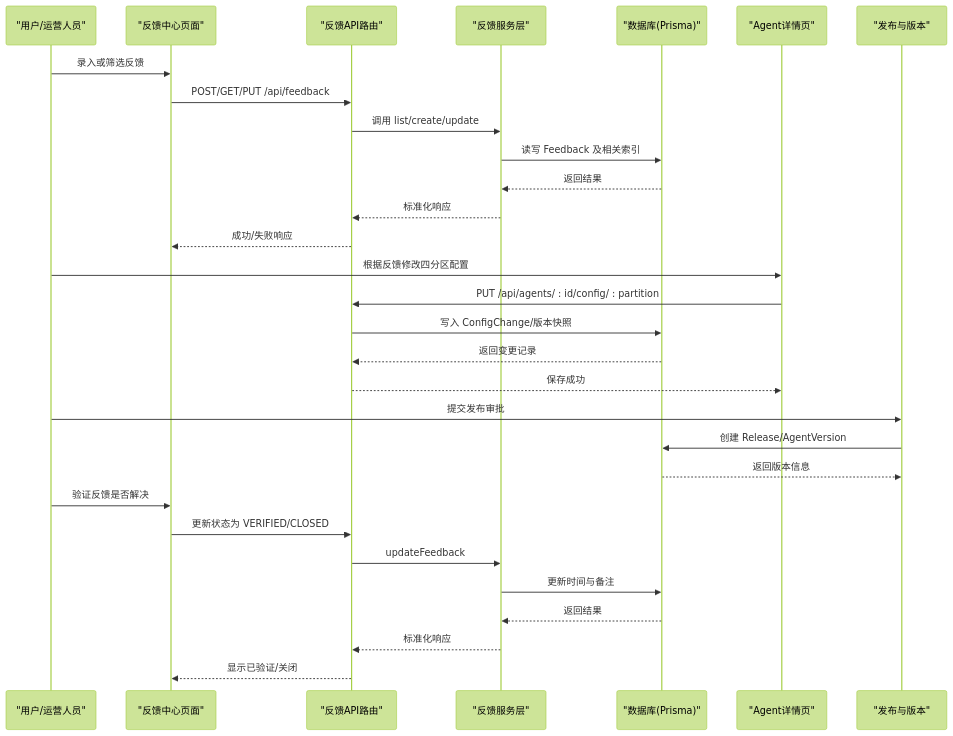
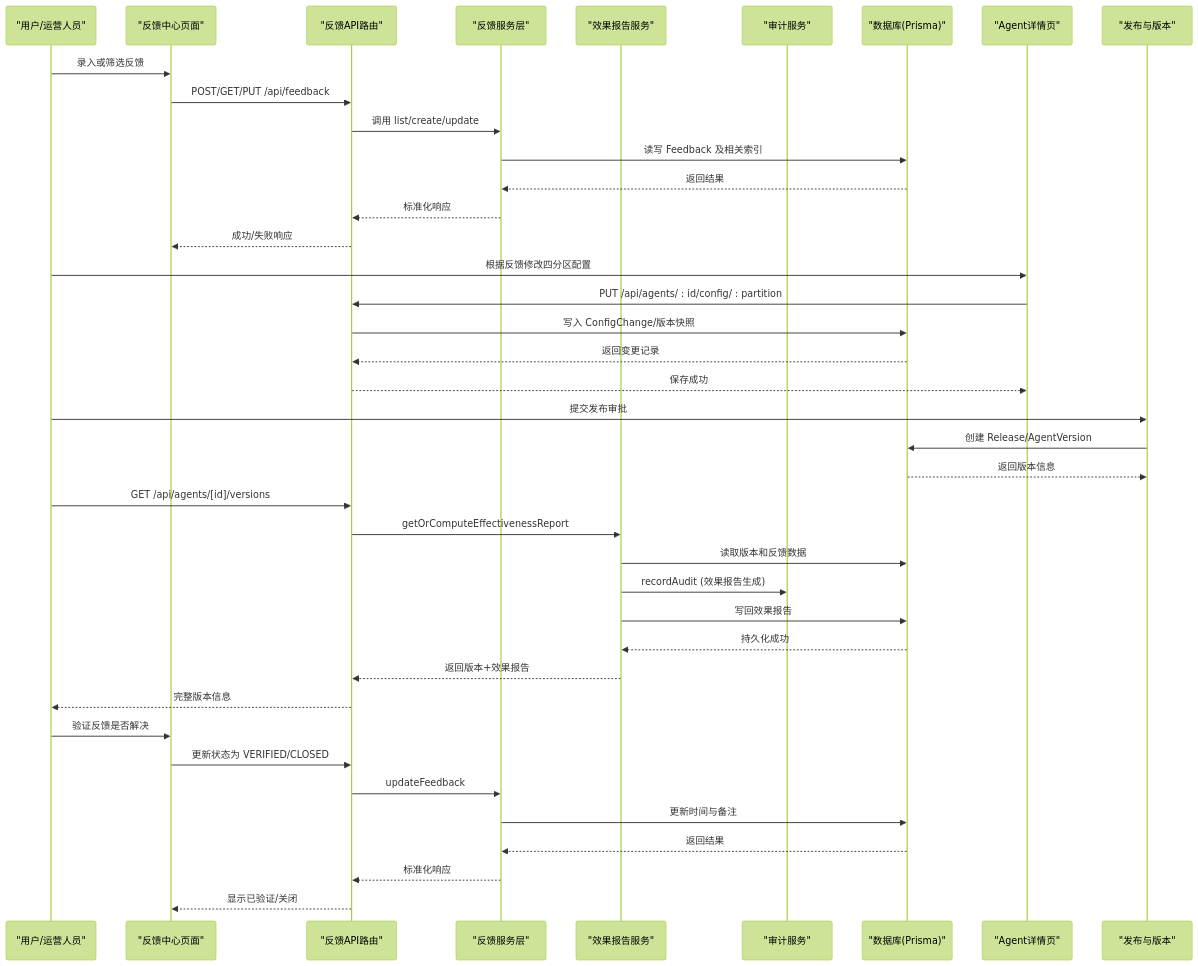
One commit to ai-guru-global/agent-up changed the second of 7 diagrams in .qoder/repowiki/zh/content/核心概念/反馈驱动改进循环.md. Above: the diagram before and after it, drawn with Mermaid (forest theme). The commit also changed other lines of this file and 59 other files, not shown here.

````diff
--- a/.qoder/repowiki/zh/content/核心概念/反馈驱动改进循环.md
+++ b/.qoder/repowiki/zh/content/核心概念/反馈驱动改进循环.md
@@ -105,32 +124,42 @@
 ```mermaid
 sequenceDiagram
 participant U as "用户/运营人员"
 participant FE as "反馈中心页面"
 participant API as "反馈API路由"
 participant SVC as "反馈服务层"
+participant EFFECT as "效果报告服务"
+participant AUDIT as "审计服务"
 participant DB as "数据库(Prisma)"
 participant AG as "Agent详情页"
 participant REL as "发布与版本"
 U->>FE : 录入或筛选反馈
 FE->>API : POST/GET/PUT /api/feedback
 API->>SVC : 调用 list/create/update
 SVC->>DB : 读写 Feedback 及相关索引
 DB-->>SVC : 返回结果
 SVC-->>API : 标准化响应
 API-->>FE : 成功/失败响应
 U->>AG : 根据反馈修改四分区配置
 AG->>API : PUT /api/agents/ : id/config/ : partition
 API->>DB : 写入 ConfigChange/版本快照
 DB-->>API : 返回变更记录
 API-->>AG : 保存成功
 U->>REL : 提交发布审批
 REL->>DB : 创建 Release/AgentVersion
 DB-->>REL : 返回版本信息
+U->>API : GET /api/agents/[id]/versions
+API->>EFFECT : getOrComputeEffectivenessReport
+EFFECT->>DB : 读取版本和反馈数据
+EFFECT->>AUDIT : recordAudit (效果报告生成)
+EFFECT->>DB : 写回效果报告
+DB-->>EFFECT : 持久化成功
+EFFECT-->>API : 返回版本+效果报告
+API-->>U : 完整版本信息
 U->>FE : 验证反馈是否解决
 FE->>API : 更新状态为 VERIFIED/CLOSED
 API->>SVC : updateFeedback
 SVC->>DB : 更新时间与备注
 DB-->>SVC : 返回结果
 SVC-->>API : 标准化响应
 API-->>FE : 显示已验证/关闭
 ```
````
